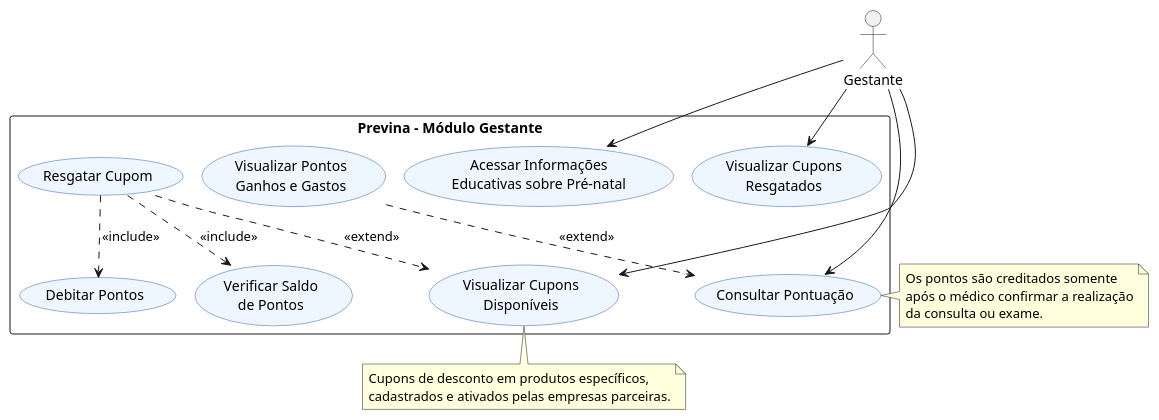
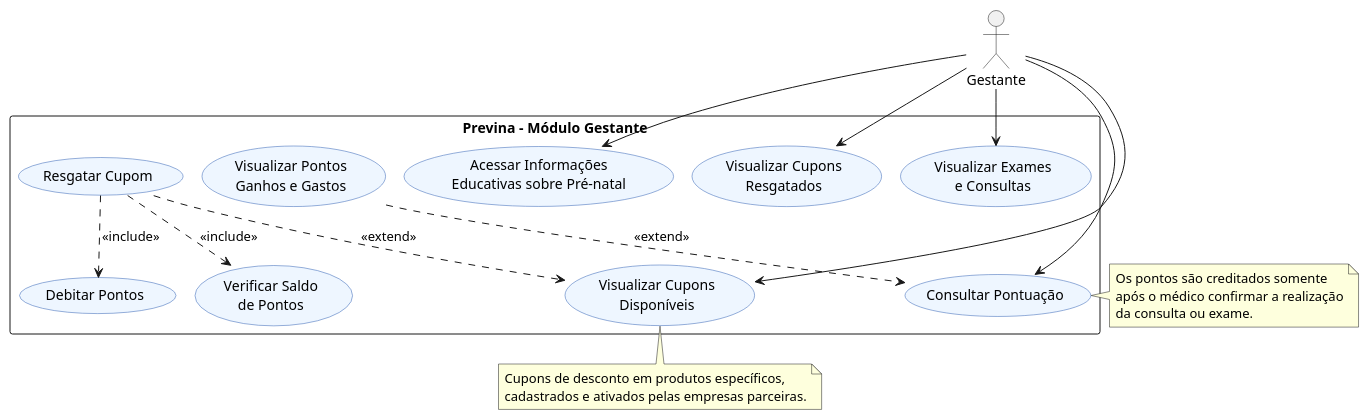
The diagram in docs/use-cases/gestante/gestante.puml (CozyShelf/previna-backend), drawn with PlantUML before and after one commit. The commit also changed 59 other files, not shown here.

```diff
--- a/docs/use-cases/gestante/gestante.puml
+++ b/docs/use-cases/gestante/gestante.puml
@@ -1,42 +1,44 @@
 @startuml gestante
 !pragma layout smetana
 skinparam usecase {
   BackgroundColor #EEF6FF
   BorderColor #2F5FB3
 }
 
 actor "Gestante" as Gestante
 
 rectangle "Previna - Módulo Gestante" {
   usecase "Acessar Informações\nEducativas sobre Pré-natal" as Educativas
   usecase "Visualizar Cupons\nResgatados" as Resgatados
+  usecase "Visualizar Exames\ne Consultas" as Agendamentos
   usecase "Consultar Pontuação" as Pontuacao
   usecase "Visualizar Cupons\nDisponíveis" as Disponiveis
   usecase "Resgatar Cupom" as Resgatar
   usecase "Visualizar Pontos\nGanhos e Gastos" as Extrato
   usecase "Debitar Pontos" as Debitar
   usecase "Verificar Saldo\nde Pontos" as Saldo
 }
 
 Gestante --> Educativas
 Gestante --> Resgatados
+Gestante --> Agendamentos
 Gestante --> Pontuacao
 Gestante --> Disponiveis
 
 Resgatar ..> Debitar : <<include>>
 Resgatar ..> Saldo : <<include>>
 Resgatar ..> Disponiveis : <<extend>>
 Extrato ..> Pontuacao : <<extend>>
 
 note right of Pontuacao
   Os pontos são creditados somente
   após o médico confirmar a realização
   da consulta ou exame.
 end note
 
 note bottom of Disponiveis
   Cupons de desconto em produtos específicos,
   cadastrados e ativados pelas empresas parceiras.
 end note
 
 @enduml
```
